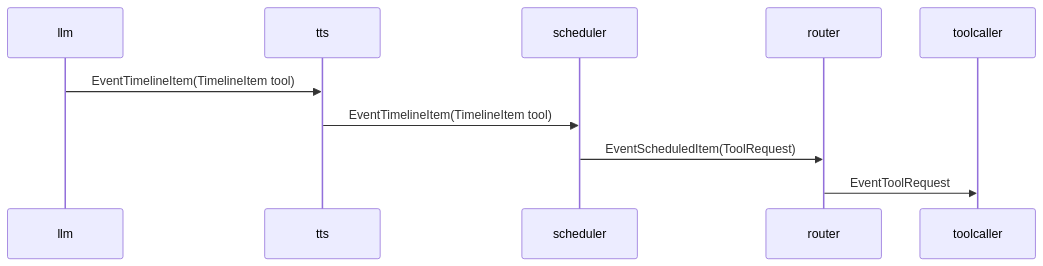
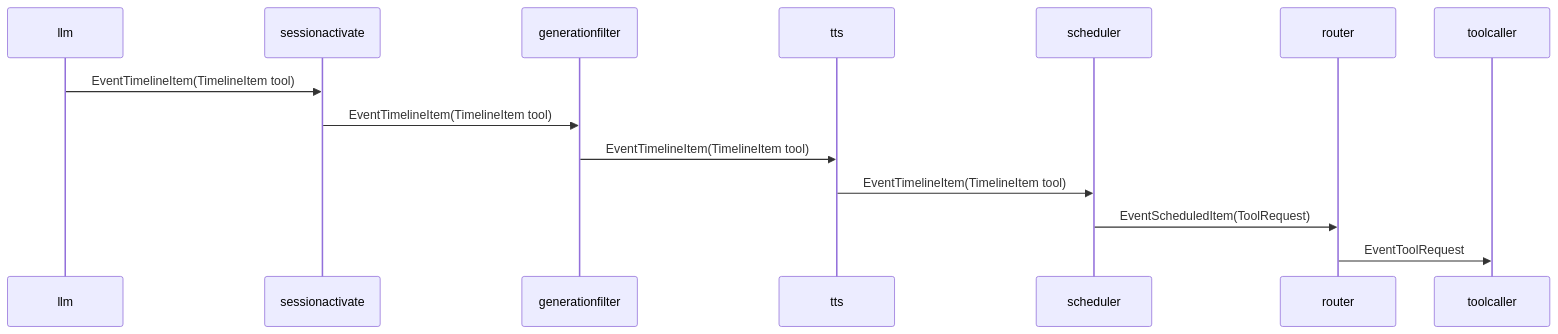
Before and after one commit to tetetratra/smart-speaker: the third of 3 diagrams in docs/components/tts.md, drawn with Mermaid. The commit also changed other lines of this file and 8 other files, not shown here.

````diff
--- a/docs/components/tts.md
+++ b/docs/components/tts.md
@@ -105,13 +111,17 @@
 ```mermaid
 sequenceDiagram
   participant LLM as llm
+  participant SA as sessionactivate
+  participant GF as generationfilter
   participant TTS as tts
   participant SCH as scheduler
   participant R as router
   participant TOOL as toolcaller
 
-  LLM->>TTS: EventTimelineItem(TimelineItem tool)
+  LLM->>SA: EventTimelineItem(TimelineItem tool)
+  SA->>GF: EventTimelineItem(TimelineItem tool)
+  GF->>TTS: EventTimelineItem(TimelineItem tool)
   TTS->>SCH: EventTimelineItem(TimelineItem tool)
   SCH->>R: EventScheduledItem(ToolRequest)
   R->>TOOL: EventToolRequest
 ```
````
